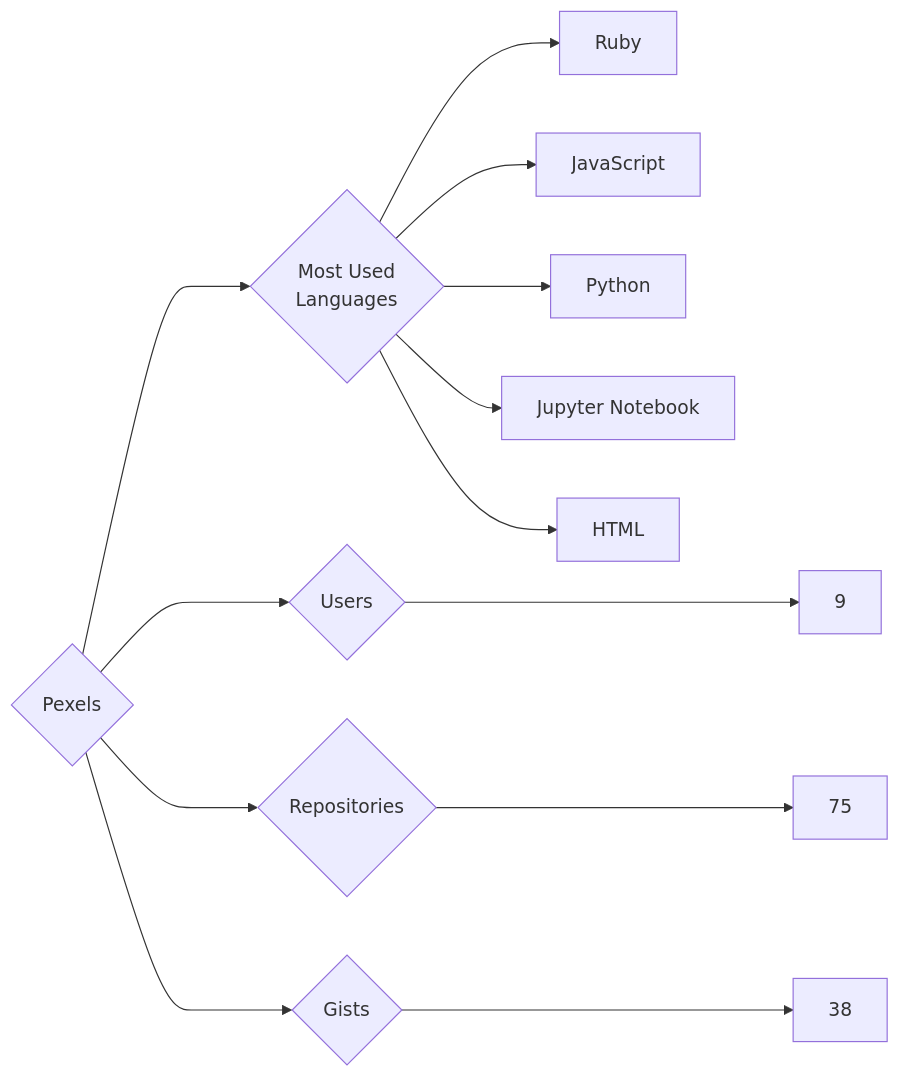
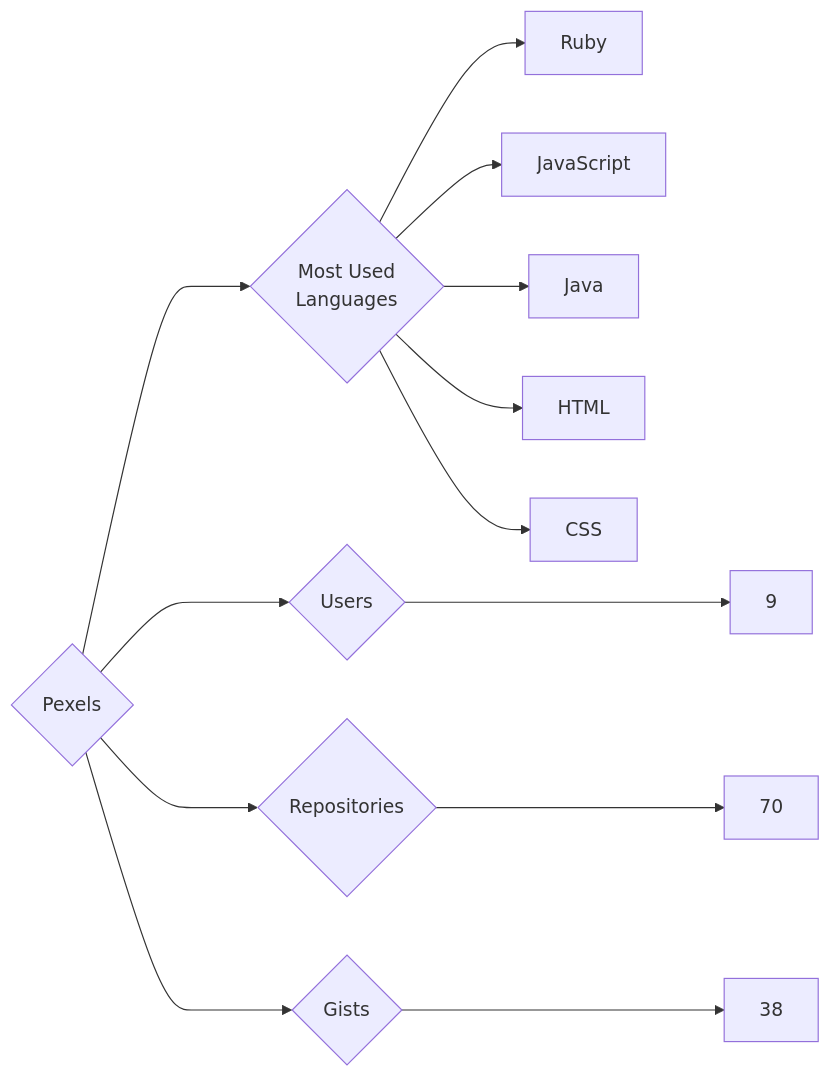
The diagram in targets/Pexels/README.md (trickest/insiders), drawn with Mermaid before and after one commit. The commit also changed 969 other files, not shown here.

````diff
--- a/targets/Pexels/README.md
+++ b/targets/Pexels/README.md
@@ -3,13 +3,13 @@
 ```mermaid
 graph LR
 COMPANY_NAME{Pexels}
 COMPANY_NAME ---> U{Users} ---> UN[9]
-COMPANY_NAME ---> R{Repositories} ---> RN[75]
+COMPANY_NAME ---> R{Repositories} ---> RN[70]
 COMPANY_NAME ---> G{Gists} ---> GN[38]
 COMPANY_NAME ---> ML{Most Used<br>Languages}
 ML --> Ruby[Ruby]
 ML --> JavaScript[JavaScript]
-ML --> Python[Python]
-ML --> Jupyter_Notebook[Jupyter Notebook]
+ML --> Java[Java]
 ML --> HTML[HTML]
+ML --> CSS[CSS]
 ```
````
